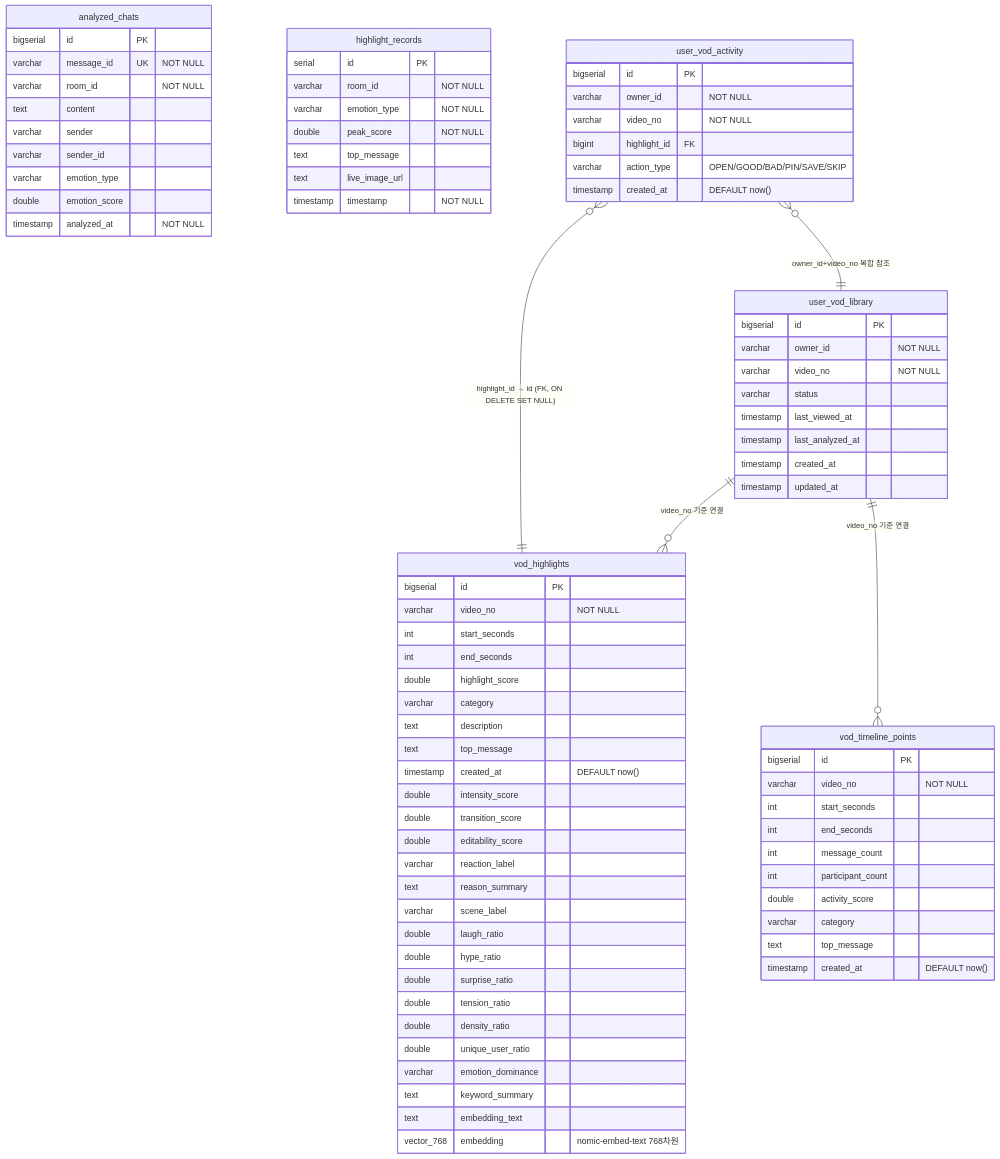
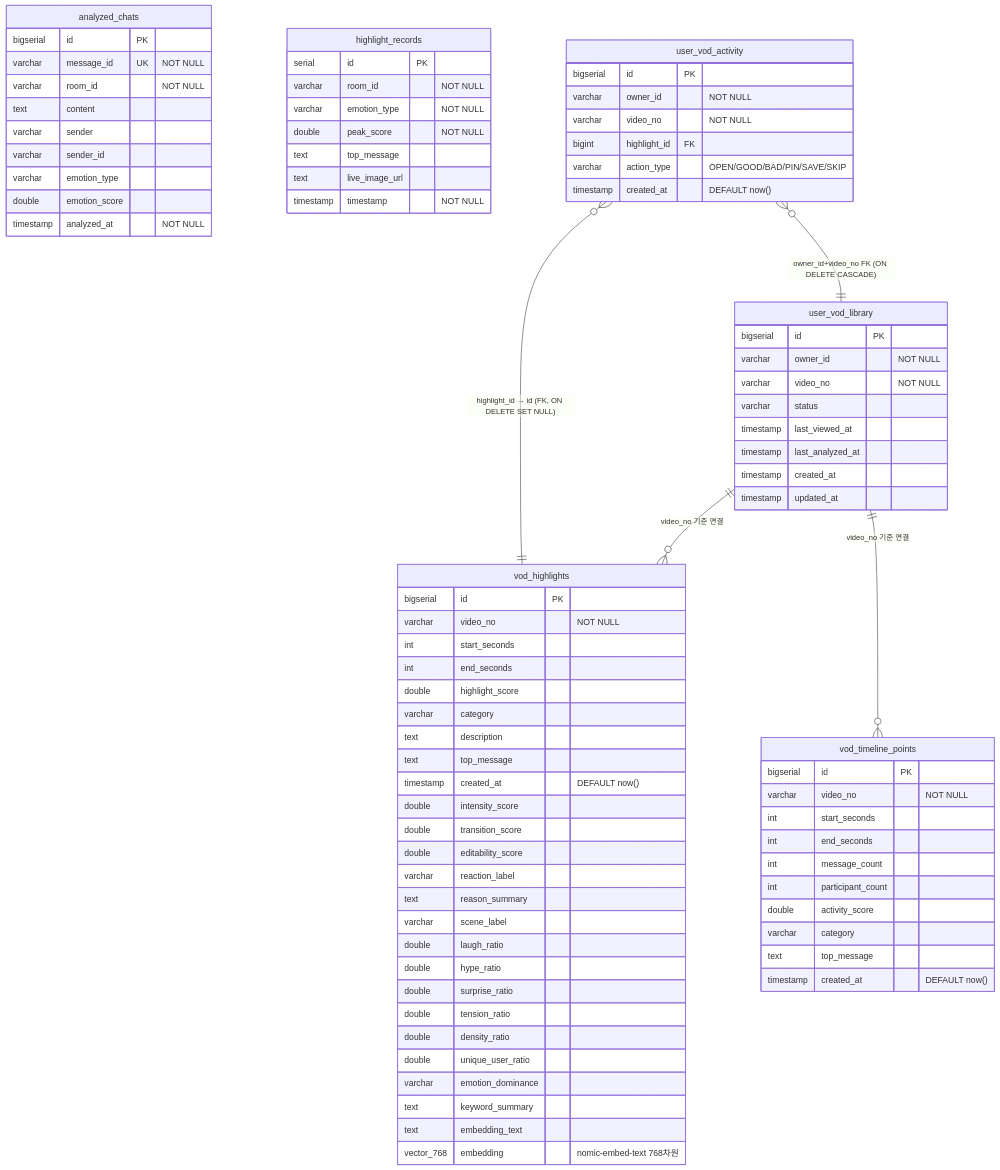
Before and after one commit to oneul0/Project-neul: the diagram in docs/design/27_erd.md, drawn with Mermaid. The commit also changed other lines of this file and 1 other file, not shown here.

First line of the commit message:
feat: user_vod_activity(owner_id, video_no) FK 제약 추가 (ON DELETE CASCADE)

````diff
--- a/docs/design/27_erd.md
+++ b/docs/design/27_erd.md
@@ -93,7 +93,7 @@
     }
 
     user_vod_activity }o--|| vod_highlights : "highlight_id → id (FK, ON DELETE SET NULL)"
-    user_vod_activity }o--|| user_vod_library : "owner_id+video_no 복합 참조"
+    user_vod_activity }o--|| user_vod_library : "owner_id+video_no FK (ON DELETE CASCADE)"
     user_vod_library ||--o{ vod_highlights : "video_no 기준 연결"
     user_vod_library ||--o{ vod_timeline_points : "video_no 기준 연결"
 ```
````
